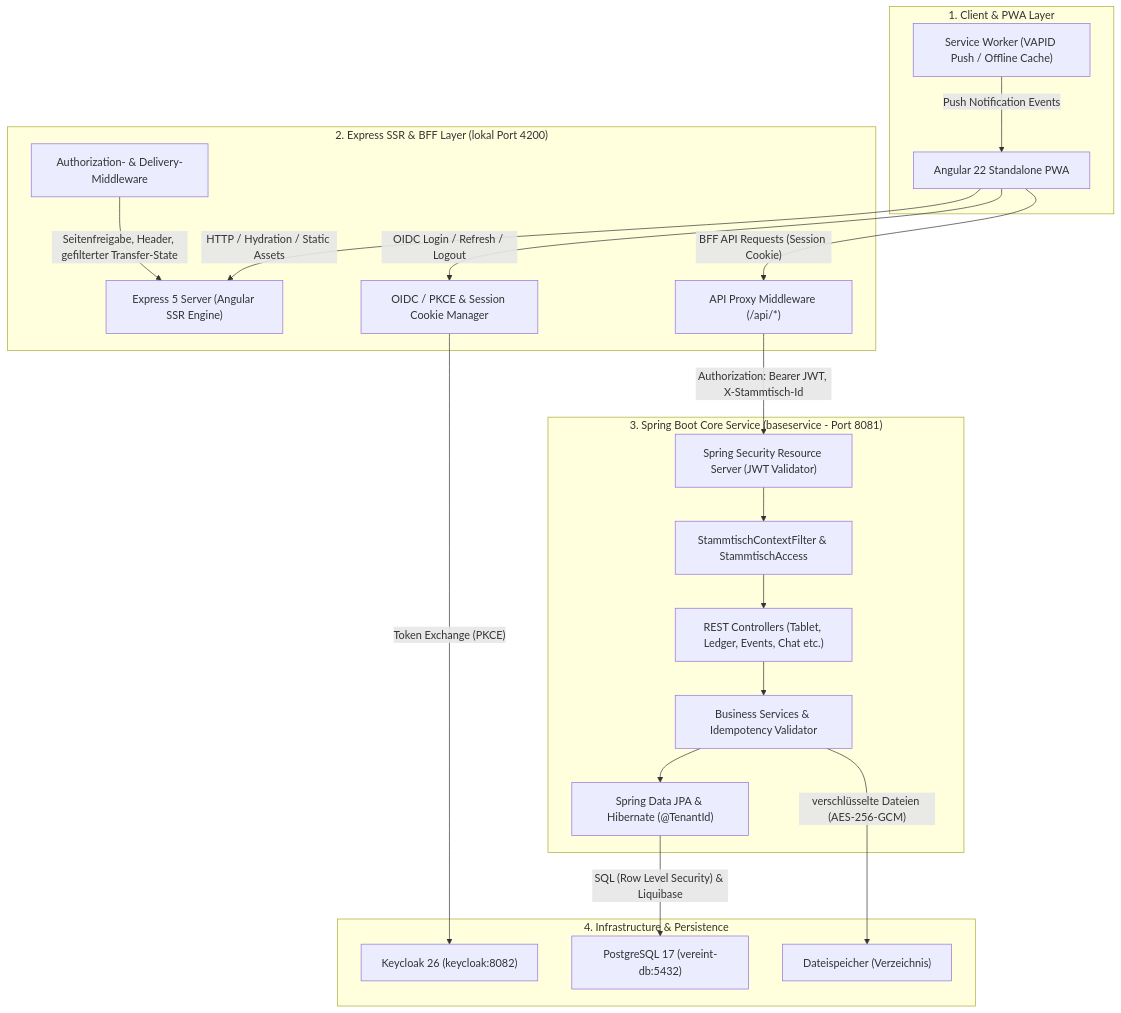
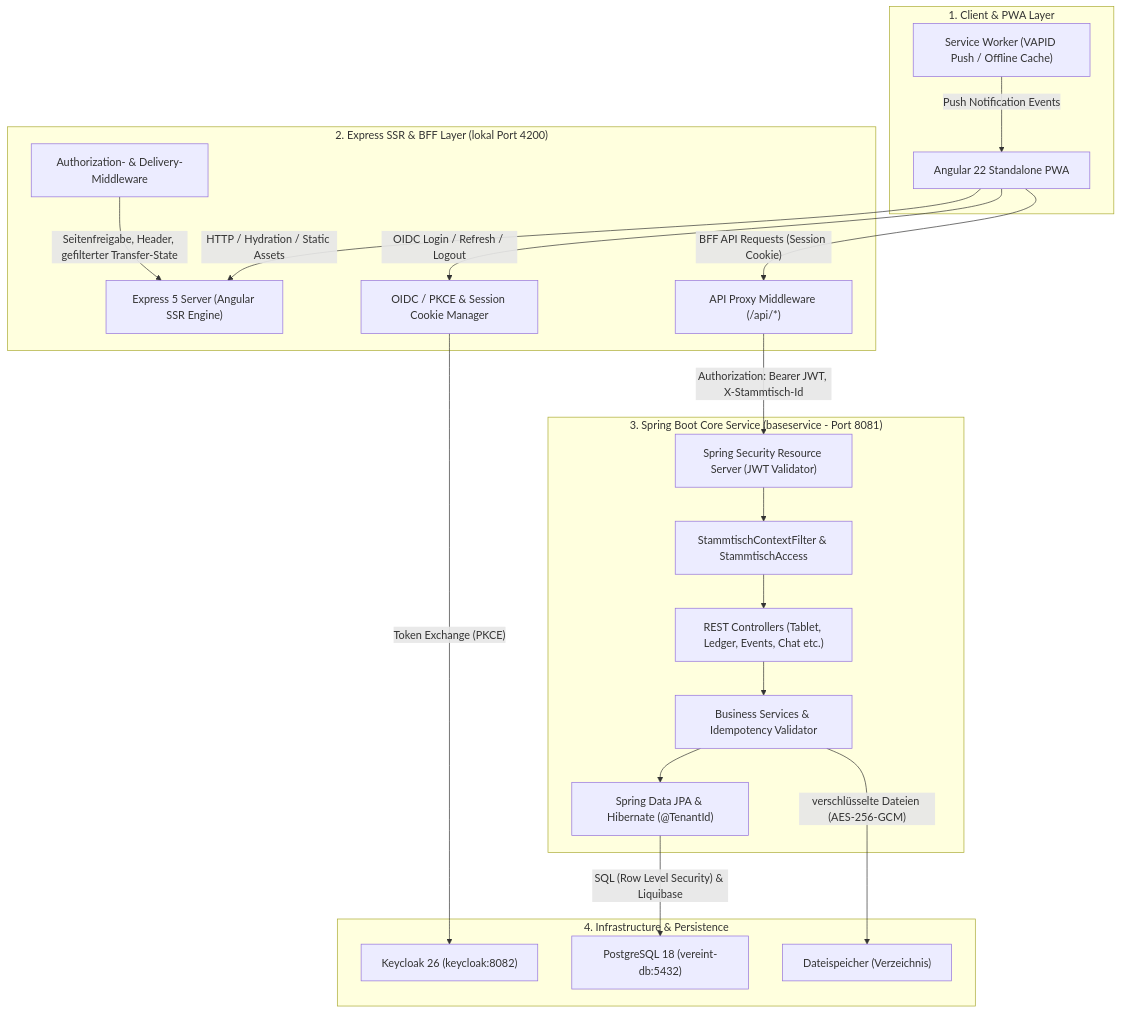
Before and after one commit to damaurer/vereint: the first of 2 diagrams in docs/architecture/system-overview.md, drawn with Mermaid. The commit also changed other lines of this file and 9 other files, not shown here.

````diff
--- a/docs/architecture/system-overview.md
+++ b/docs/architecture/system-overview.md
@@ -11,44 +11,44 @@
 ```mermaid
 graph TD
     subgraph ClientLayer ["1. Client & PWA Layer"]
         Browser["Angular 22 Standalone PWA"]
         SW["Service Worker (VAPID Push / Offline Cache)"]
     end
 
     subgraph BFFLayer ["2. Express SSR & BFF Layer (lokal Port 4200)"]
         SSR["Express 5 Server (Angular SSR Engine)"]
         AuthBFF["OIDC / PKCE & Session Cookie Manager"]
         DeliveryMW["Authorization- & Delivery-Middleware"]
         ApiProxy["API Proxy Middleware (/api/*)"]
     end
 
     subgraph BackendLayer ["3. Spring Boot Core Service (baseservice - Port 8081)"]
         SecFilter["Spring Security Resource Server (JWT Validator)"]
         AccessCtrl["StammtischContextFilter & StammtischAccess"]
         Controllers["REST Controllers (Tablet, Ledger, Events, Chat etc.)"]
         Services["Business Services & Idempotency Validator"]
         DataLayer["Spring Data JPA & Hibernate (@TenantId)"]
     end
 
     subgraph InfraLayer ["4. Infrastructure & Persistence"]
-        PG["PostgreSQL 17 (vereint-db:5432)"]
+        PG["PostgreSQL 18 (vereint-db:5432)"]
         KC["Keycloak 26 (keycloak:8082)"]
         S3["Dateispeicher (Verzeichnis)"]
     end
 
     Browser -->|HTTP / Hydration / Static Assets| SSR
     Browser -->|OIDC Login / Refresh / Logout| AuthBFF
     Browser -->|"BFF API Requests (Session Cookie)"| ApiProxy
     SW -->|Push Notification Events| Browser
 
     AuthBFF -->|"Token Exchange (PKCE)"| KC
     DeliveryMW -->|"Seitenfreigabe, Header, gefilterter Transfer-State"| SSR
     ApiProxy -->|"Authorization: Bearer JWT, X-Stammtisch-Id"| SecFilter
 
     SecFilter --> AccessCtrl
     AccessCtrl --> Controllers
     Controllers --> Services
     Services --> DataLayer
     DataLayer -->|"SQL (Row Level Security) & Liquibase"| PG
     Services -->|"verschlüsselte Dateien (AES-256-GCM)"| S3
 ```
````
